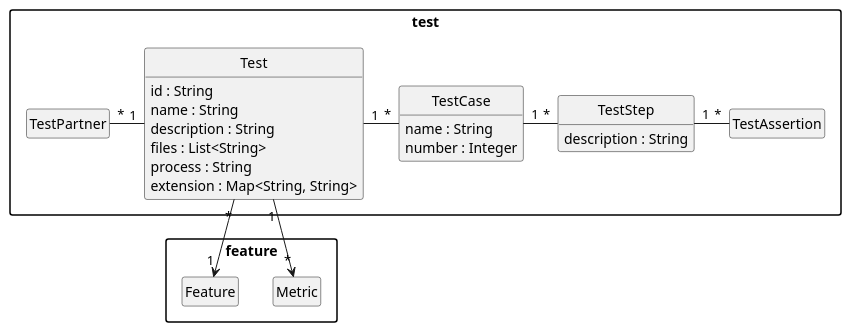
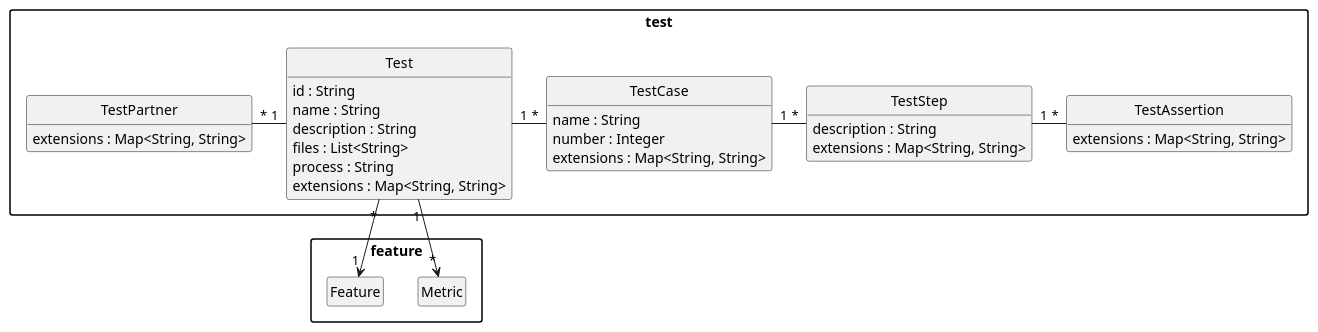
One commit to uniba-dsg/betsy changed the diagram in pebl/doc/benchmark-test.puml. Above: the diagram before and after it, drawn with PlantUML. The commit also changed 175 other files, not shown here.

```diff
--- a/pebl/doc/benchmark-test.puml
+++ b/pebl/doc/benchmark-test.puml
@@ -1,52 +1,58 @@
 @startuml
 package "feature" {
 
 	class Metric {
 	}
 
 	class Feature {
 	}
 
 }
 
 package "test" {
 
 	class Test {
 	  id : String
 	  name : String
 	  description : String
 	  files : List<String>
 	  process : String
-extension : Map<String, String>
+extensions : Map<String, String>
 	}
 
-	class TestAssertion
+	class TestAssertion {
+	extensions : Map<String, String>
+	}
 
 	class TestStep {
 	  description : String
+	  extensions : Map<String, String>
 	}
 
 	class TestCase {
 	  name : String
 	  number : Integer
+	  extensions : Map<String, String>
 	}
 
-	class TestPartner
+	class TestPartner {
+	 extensions : Map<String, String>
+	}
 
 }
 
 Test "*" -down-> "1" Feature
 Test "1" -> "*" Metric
 Test "1" -left- "*" TestPartner
 Test "1" - "*" TestCase
 TestCase "1" - "*" TestStep
 TestStep "1" - "*" TestAssertion
 
 hide empty members
 hide empty methods
 hide circle
 
 skinparam monochrome true
 skinparam shadowing false
 skinparam packageStyle rect
 @enduml
```
